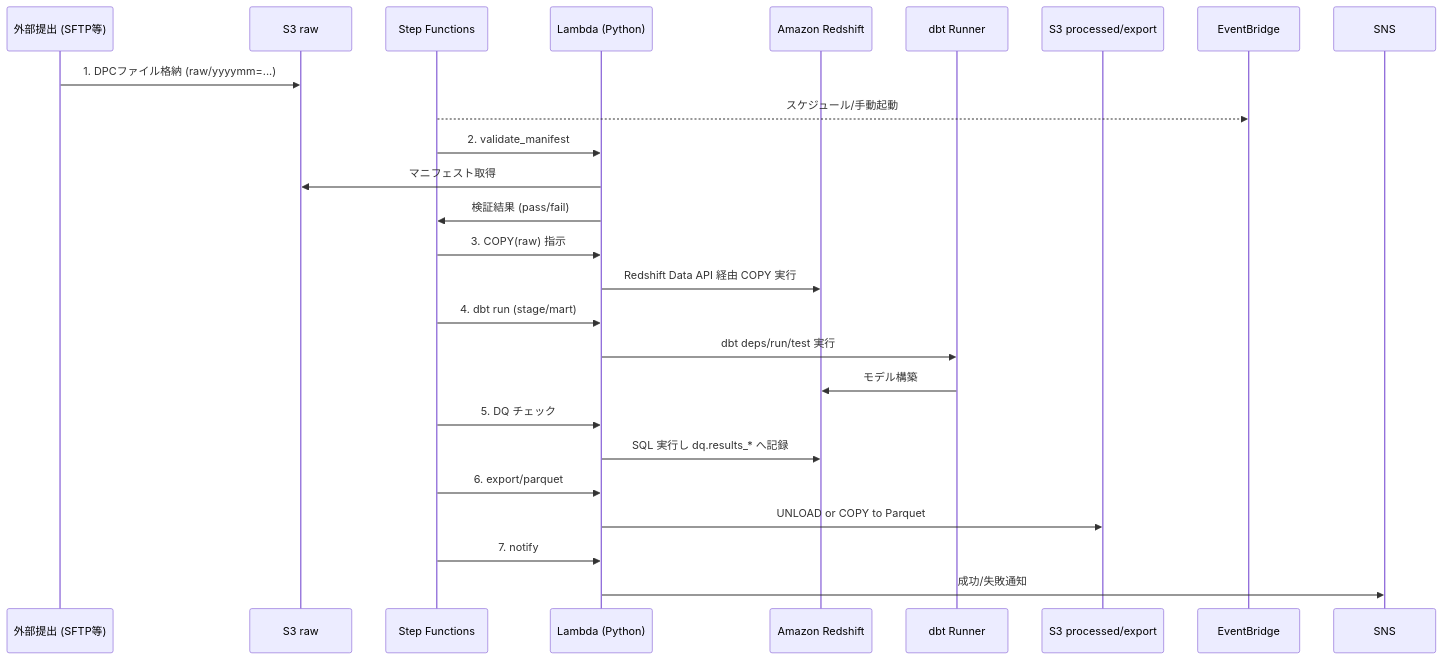
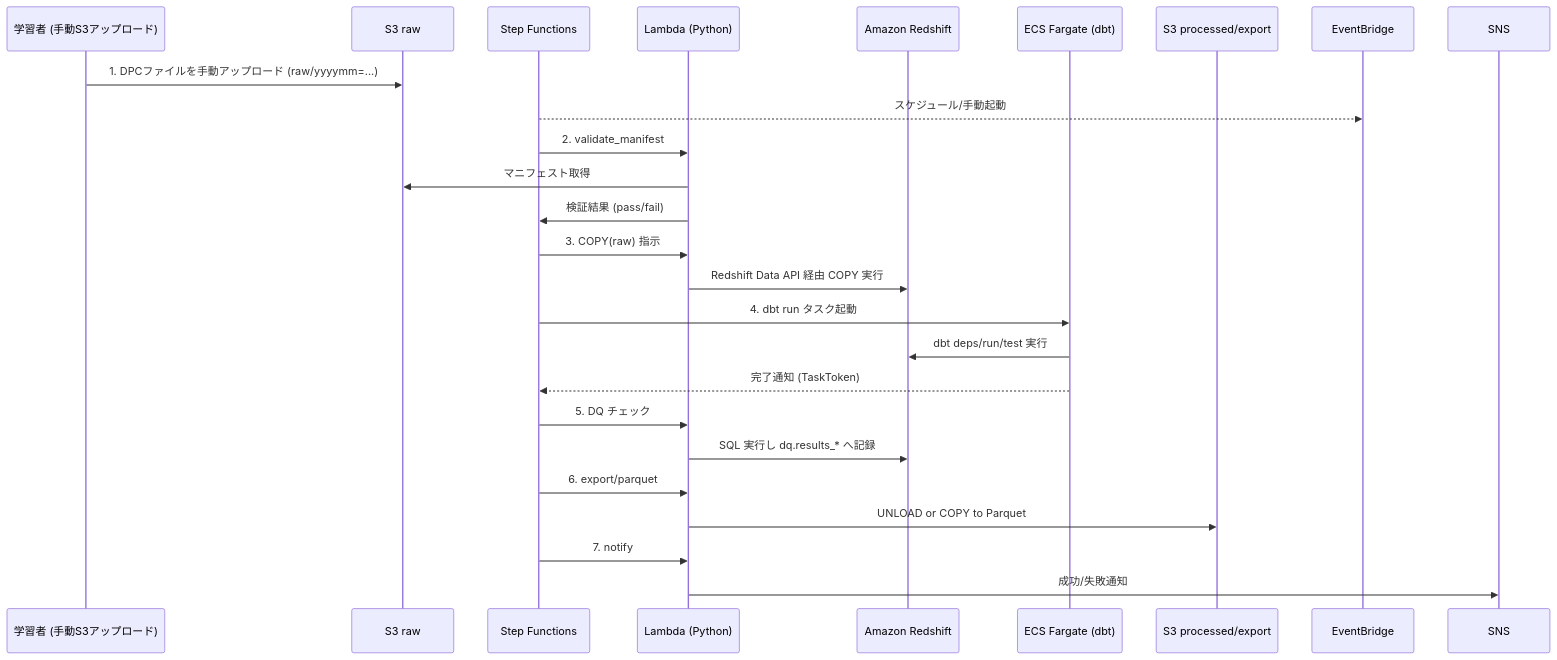
The second of 2 diagrams in docs/01_architecture.md (rikunisikawa/dpc_data_elt), drawn with Mermaid before and after one commit. The commit also changed other lines of this file and 14 other files, not shown here.

````diff
--- a/docs/01_architecture.md
+++ b/docs/01_architecture.md
@@ -47,27 +48,27 @@
 ```mermaid
 sequenceDiagram
-    participant Source as 外部提出 (SFTP等)
+    participant Source as 学習者 (手動S3アップロード)
     participant S3Raw as S3 raw
     participant StepFn as Step Functions
     participant Lambda as Lambda (Python)
     participant Redshift as Amazon Redshift
-    participant dbt as dbt Runner
+    participant ECS as ECS Fargate (dbt)
     participant S3Proc as S3 processed/export
 
-    Source->>S3Raw: 1. DPCファイル格納 (raw/yyyymm=...)
+    Source->>S3Raw: 1. DPCファイルを手動アップロード (raw/yyyymm=...)
     StepFn-->>EventBridge: スケジュール/手動起動
     StepFn->>Lambda: 2. validate_manifest
     Lambda->>S3Raw: マニフェスト取得
     Lambda->>StepFn: 検証結果 (pass/fail)
     StepFn->>Lambda: 3. COPY(raw) 指示
     Lambda->>Redshift: Redshift Data API 経由 COPY 実行
-    StepFn->>Lambda: 4. dbt run (stage/mart)
-    Lambda->>dbt: dbt deps/run/test 実行
-    dbt->>Redshift: モデル構築
+    StepFn->>ECS: 4. dbt run タスク起動
+    ECS->>Redshift: dbt deps/run/test 実行
+    ECS-->>StepFn: 完了通知 (TaskToken)
     StepFn->>Lambda: 5. DQ チェック
     Lambda->>Redshift: SQL 実行し dq.results_* へ記録
     StepFn->>Lambda: 6. export/parquet
     Lambda->>S3Proc: UNLOAD or COPY to Parquet
     StepFn->>Lambda: 7. notify
     Lambda->>SNS: 成功/失敗通知
 ```
````
